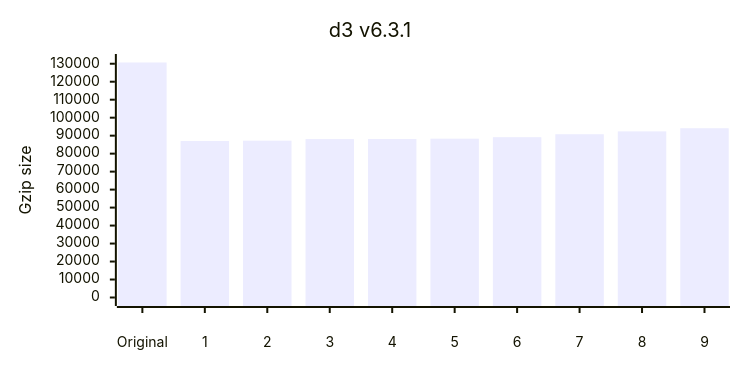
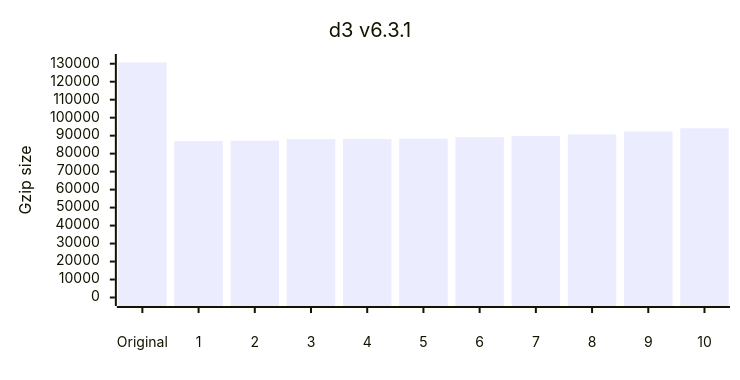
Before and after one commit to privatenumber/minification-benchmarks: the sixth of 12 diagrams in README.md, drawn with Mermaid. The commit also changed other lines of this file and 1 other file, not shown here.

````diff
--- a/README.md
+++ b/README.md
@@ -277,17 +277,17 @@
 ```mermaid
 ---
 config:
     xyChart:
         width: 720
         height: 360
         xAxis:
             labelPadding: 20
         yAxis:
             labelPadding: 10
 ---
 xychart-beta
 	title "d3 v6.3.1"
-	x-axis ["Original",1,2,3,4,5,6,7,8,9]
+	x-axis ["Original",1,2,3,4,5,6,7,8,9,10]
 	y-axis "Gzip size" 0 --> 130686
-	bar [130686,87016,87223,88087,88162,88319,89156,90800,92395,94121]
+	bar [130686,87016,87223,88087,88162,88319,89156,89891,90800,92395,94121]
 ```
````
